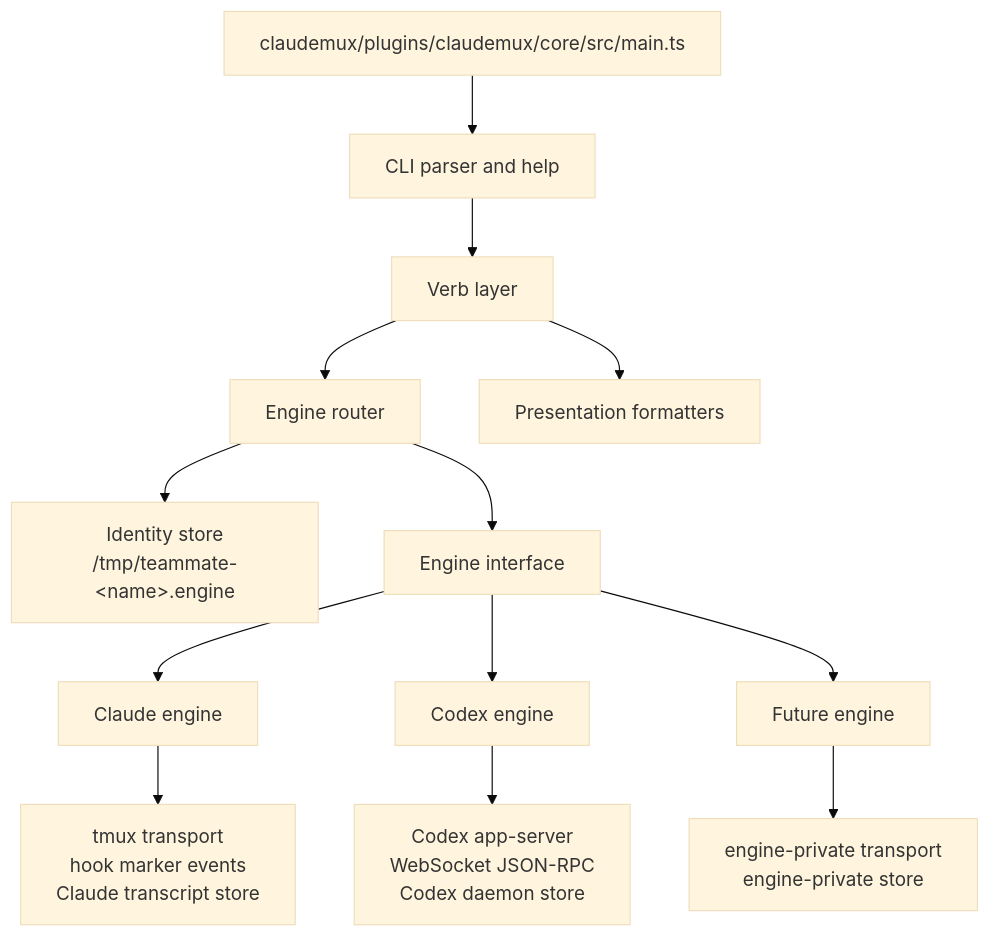
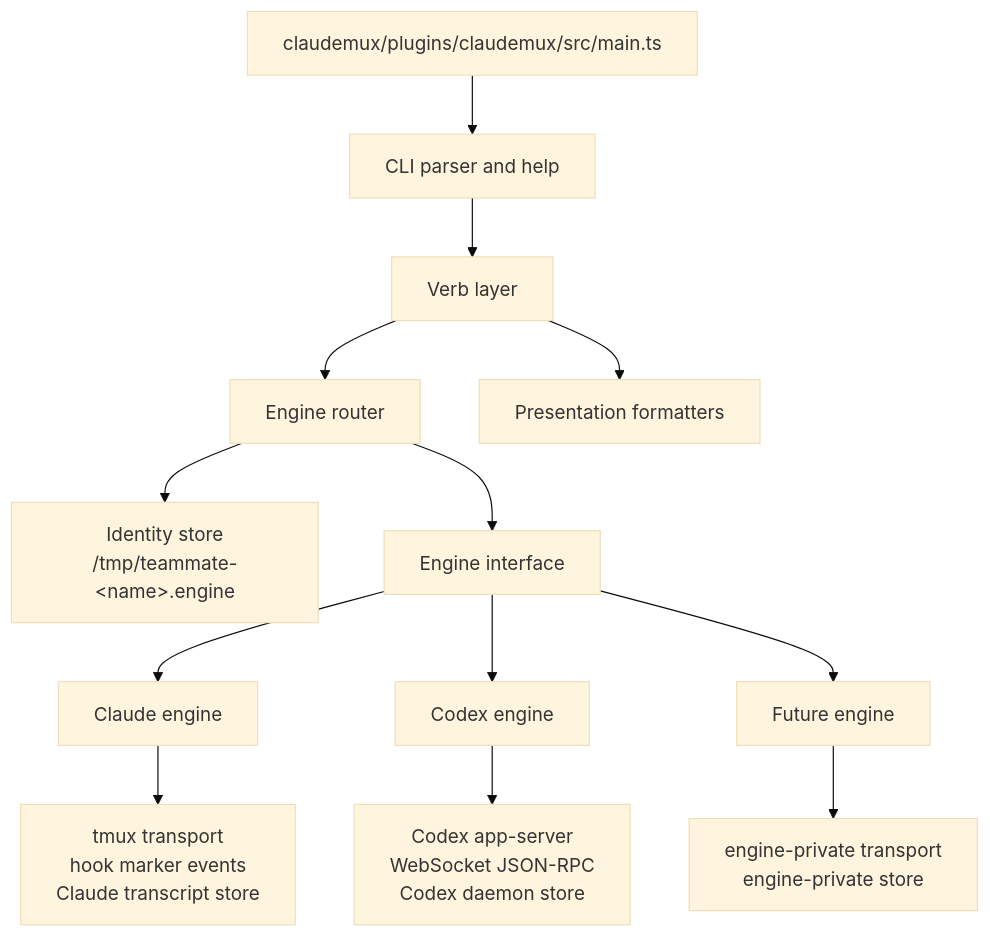
One commit to ryanxiang7/claudemux changed the diagram in .agents/proposals/architecture-codex-draft.md. Above: the diagram before and after it, drawn with Mermaid (base theme). The commit also changed other lines of this file and 928 other files, not shown here.

First line of the commit message:
chore(claudemux): collapse core/ into plugin root, single manifest (#136)

````diff
--- a/.agents/proposals/architecture-codex-draft.md
+++ b/.agents/proposals/architecture-codex-draft.md
@@ -19,29 +19,29 @@
 ```mermaid
 flowchart TD
-  Main["claudemux/plugins/claudemux/core/src/main.ts"]
+  Main["claudemux/plugins/claudemux/src/main.ts"]
   Cli["CLI parser and help"]
   Verb["Verb layer"]
   Router["Engine router"]
   Identity["Identity store<br/>/tmp/teammate-&lt;name&gt;.engine"]
   Engine["Engine interface"]
   Claude["Claude engine"]
   Codex["Codex engine"]
   Future["Future engine"]
   ClaudeTransport["tmux transport<br/>hook marker events<br/>Claude transcript store"]
   CodexTransport["Codex app-server<br/>WebSocket JSON-RPC<br/>Codex daemon store"]
   FutureTransport["engine-private transport<br/>engine-private store"]
   Presentation["Presentation formatters"]
 
   Main --> Cli
   Cli --> Verb
   Verb --> Router
   Verb --> Presentation
   Router --> Identity
   Router --> Engine
   Engine --> Claude
   Engine --> Codex
   Engine --> Future
   Claude --> ClaudeTransport
   Codex --> CodexTransport
   Future --> FutureTransport
 ```
````
